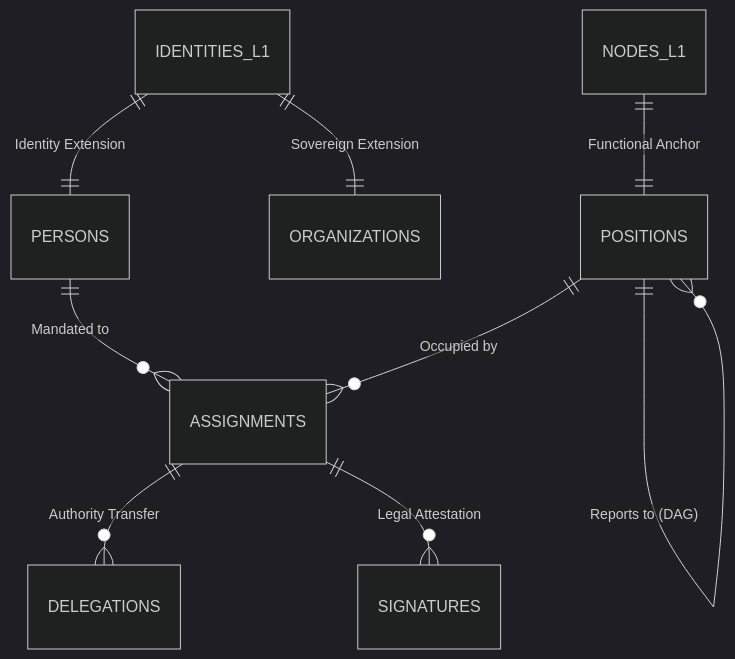
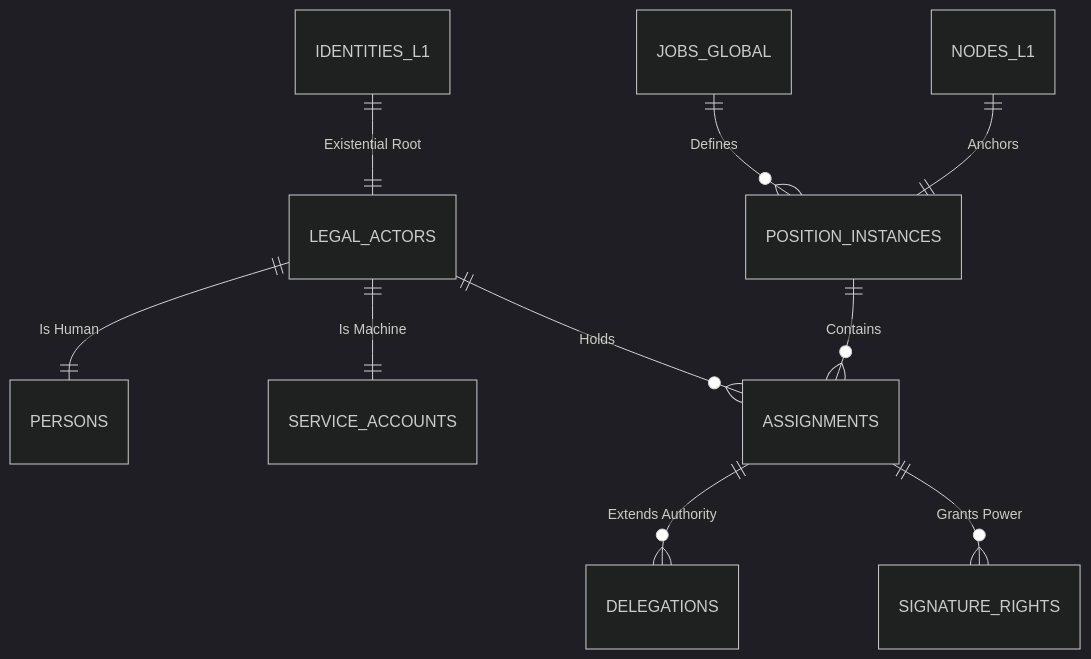
The diagram in src/v4/docs/l2/ER_DIAGRAM.md (mohamedriyad1408/MJRH-INDUSTRIAL-REVOLUTION), drawn with Mermaid (dark theme) before and after one commit. The commit also changed other lines of this file and 1 other file, not shown here.

Commit message:
feat(l2): achieve architectural singularity v3.0 - actor model, job decoupling, and currency guards

````diff
--- a/src/v4/docs/l2/ER_DIAGRAM.md
+++ b/src/v4/docs/l2/ER_DIAGRAM.md
@@ -4,14 +3,15 @@
 ```mermaid
 erDiagram
-    IDENTITIES_L1 ||--|| PERSONS : "Identity Extension"
-    IDENTITIES_L1 ||--|| ORGANIZATIONS : "Sovereign Extension"
-    NODES_L1 ||--|| POSITIONS : "Functional Anchor"
+    IDENTITIES_L1 ||--|| LEGAL_ACTORS : "Existential Root"
+    LEGAL_ACTORS ||--|| PERSONS : "Is Human"
+    LEGAL_ACTORS ||--|| SERVICE_ACCOUNTS : "Is Machine"
     
-    PERSONS ||--o{ ASSIGNMENTS : "Mandated to"
-    POSITIONS ||--o{ ASSIGNMENTS : "Occupied by"
+    JOBS_GLOBAL ||--o{ POSITION_INSTANCES : "Defines"
+    NODES_L1 ||--|| POSITION_INSTANCES : "Anchors"
     
-    ASSIGNMENTS ||--o{ DELEGATIONS : "Authority Transfer"
-    ASSIGNMENTS ||--o{ SIGNATURES : "Legal Attestation"
+    LEGAL_ACTORS ||--o{ ASSIGNMENTS : "Holds"
+    POSITION_INSTANCES ||--o{ ASSIGNMENTS : "Contains"
     
-    POSITIONS ||--o{ POSITIONS : "Reports to (DAG)"
+    ASSIGNMENTS ||--o{ DELEGATIONS : "Extends Authority"
+    ASSIGNMENTS ||--o{ SIGNATURE_RIGHTS : "Grants Power"
 ```
````
